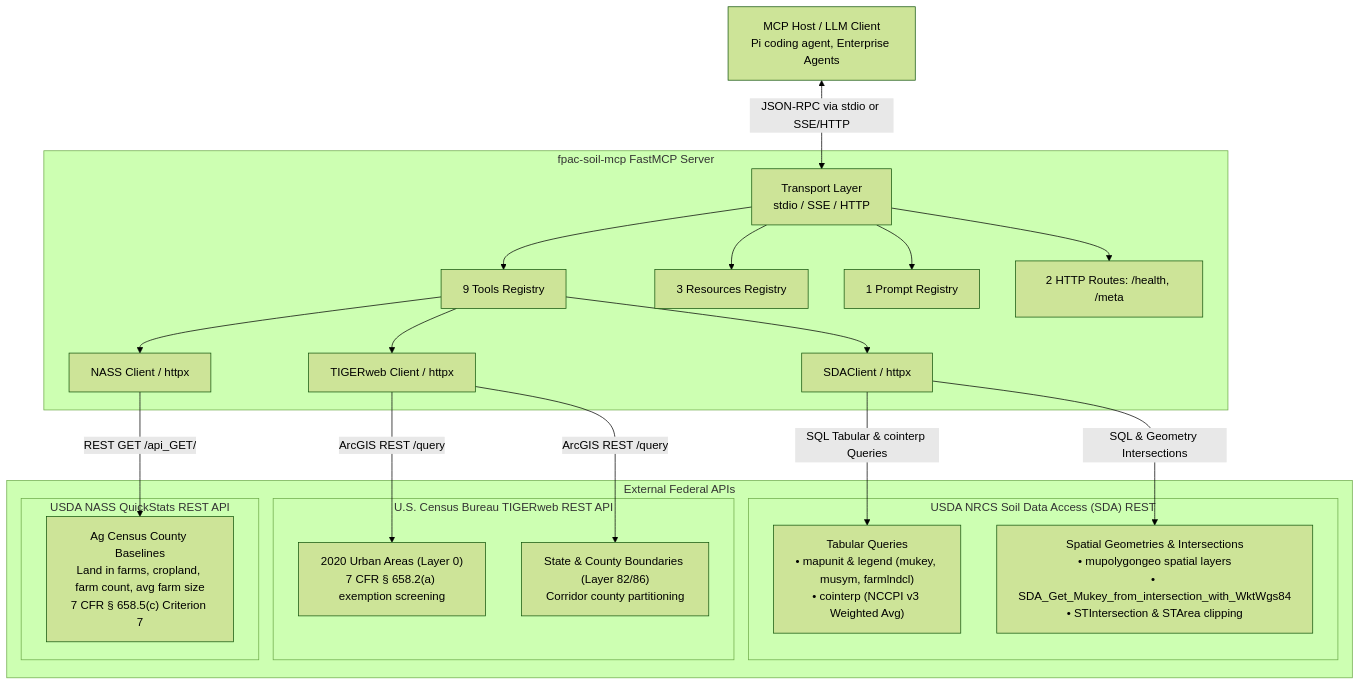
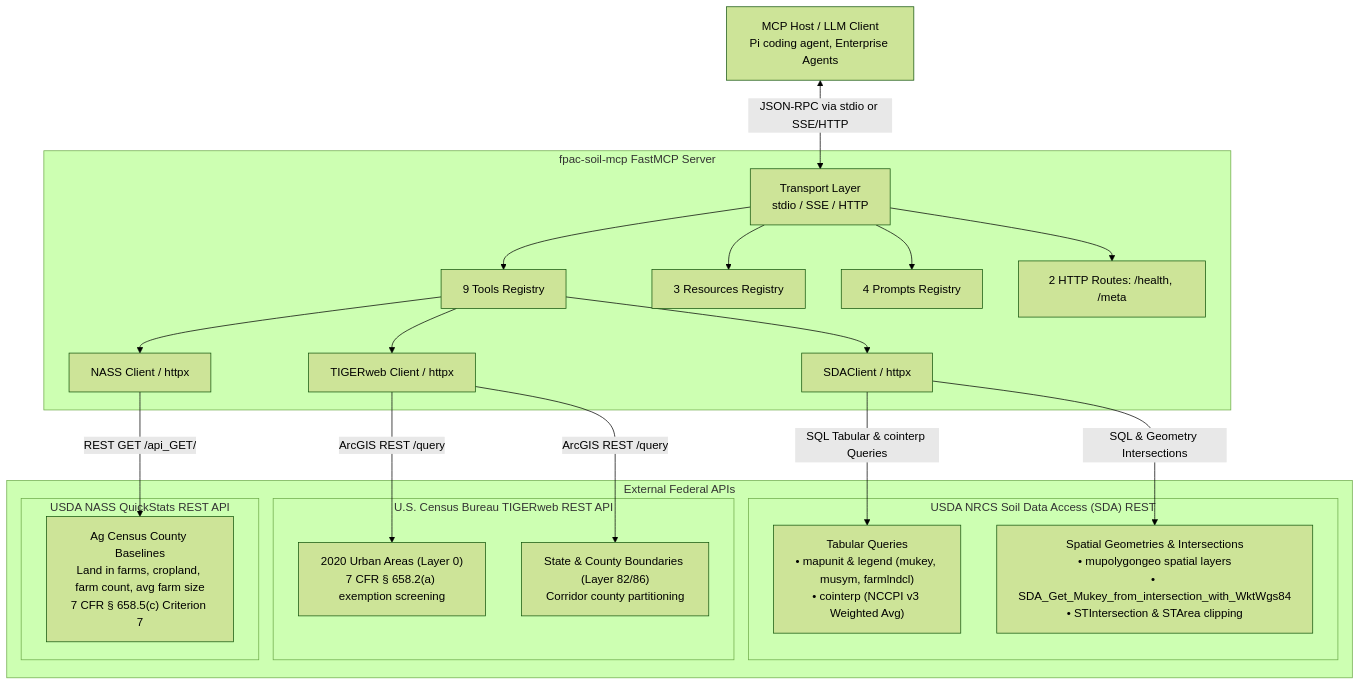
The diagram in README.md (AndrewBrown-USDA/fpac-soil-mcp), drawn with Mermaid (forest theme) before and after one commit. The commit also changed other lines of this file and 12 other files, not shown here.

````diff
--- a/README.md
+++ b/README.md
@@ -47,43 +47,43 @@
 ```mermaid
 flowchart TD
     Client["MCP Host / LLM Client\nPi coding agent, Enterprise Agents"]
     
     subgraph FastMCP_Server ["fpac-soil-mcp FastMCP Server"]
         Router["Transport Layer\nstdio / SSE / HTTP"]
         Tools["9 Tools Registry"]
         Resources["3 Resources Registry"]
-        Prompts["1 Prompt Registry"]
+        Prompts["4 Prompts Registry"]
         Routes["2 HTTP Routes: /health, /meta"]
         ClientModule["SDAClient / httpx"]
         TIGERClient["TIGERweb Client / httpx"]
         NASSClient["NASS Client / httpx"]
     end
 
     subgraph External_APIs ["External Federal APIs"]
         subgraph SDA ["USDA NRCS Soil Data Access (SDA) REST"]
             SDATabular["Tabular Queries\n• mapunit & legend (mukey, musym, farmlndcl)\n• cointerp (NCCPI v3 Weighted Avg)"]
             SDASpatial["Spatial Geometries & Intersections\n• mupolygongeo spatial layers\n• SDA_Get_Mukey_from_intersection_with_WktWgs84\n• STIntersection & STArea clipping"]
         end
         subgraph TIGERweb ["U.S. Census Bureau TIGERweb REST API"]
             TIGERUrban["2020 Urban Areas (Layer 0)\n7 CFR § 658.2(a) exemption screening"]
             TIGERCounty["State & County Boundaries (Layer 82/86)\nCorridor county partitioning"]
         end
         subgraph NASS ["USDA NASS QuickStats REST API"]
             NASSStats["Ag Census County Baselines\nLand in farms, cropland, farm count, avg farm size\n7 CFR § 658.5(c) Criterion 7"]
         end
     end
 
     Client <-->|JSON-RPC via stdio or SSE/HTTP| Router
     Router --> Tools
     Router --> Resources
     Router --> Prompts
     Router --> Routes
     Tools --> ClientModule
     Tools --> TIGERClient
     Tools --> NASSClient
     ClientModule -->|SQL & Geometry Intersections| SDASpatial
     ClientModule -->|SQL Tabular & cointerp Queries| SDATabular
     TIGERClient -->|ArcGIS REST /query| TIGERUrban
     TIGERClient -->|ArcGIS REST /query| TIGERCounty
     NASSClient -->|REST GET /api_GET/| NASSStats
 ```
````
